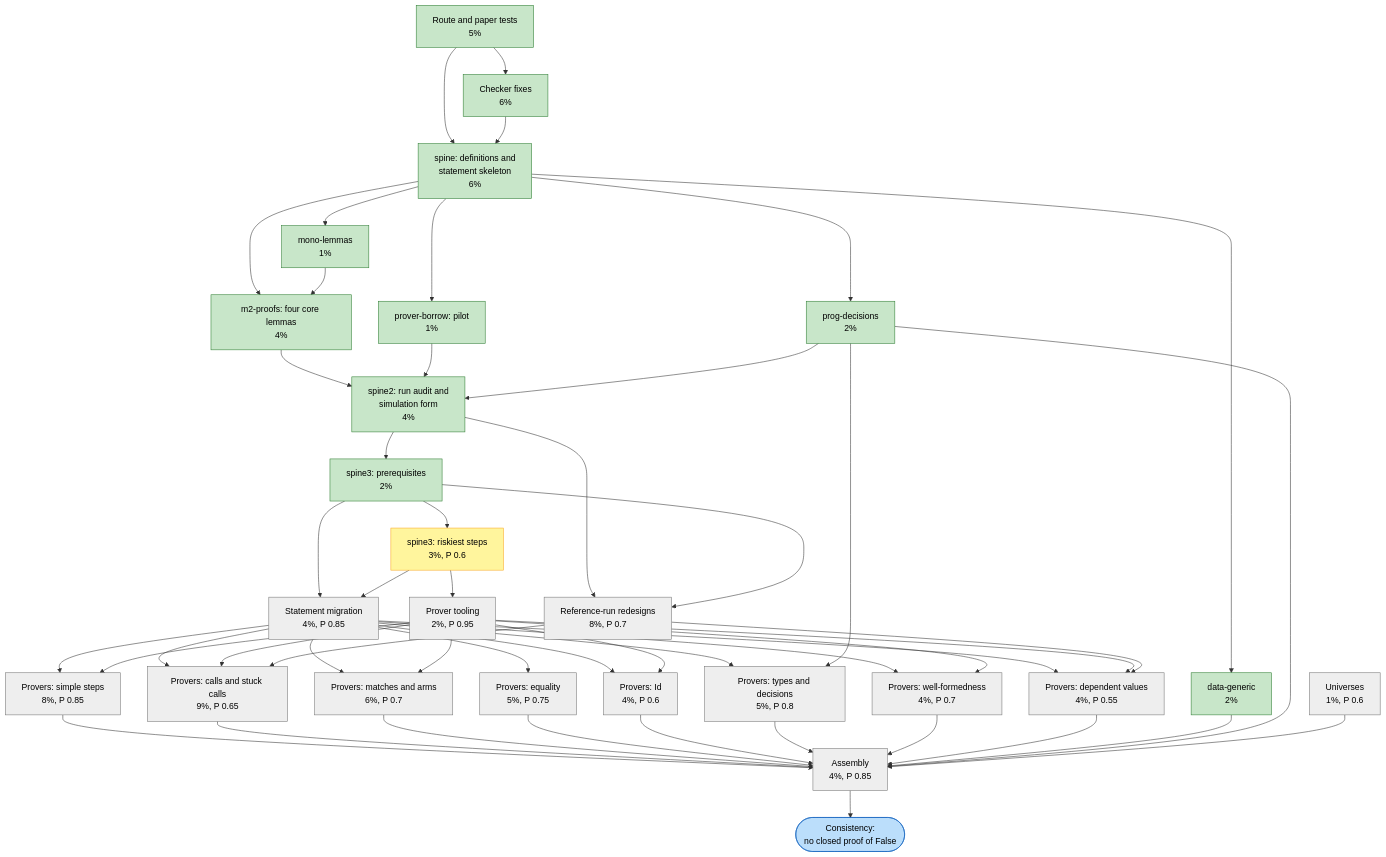
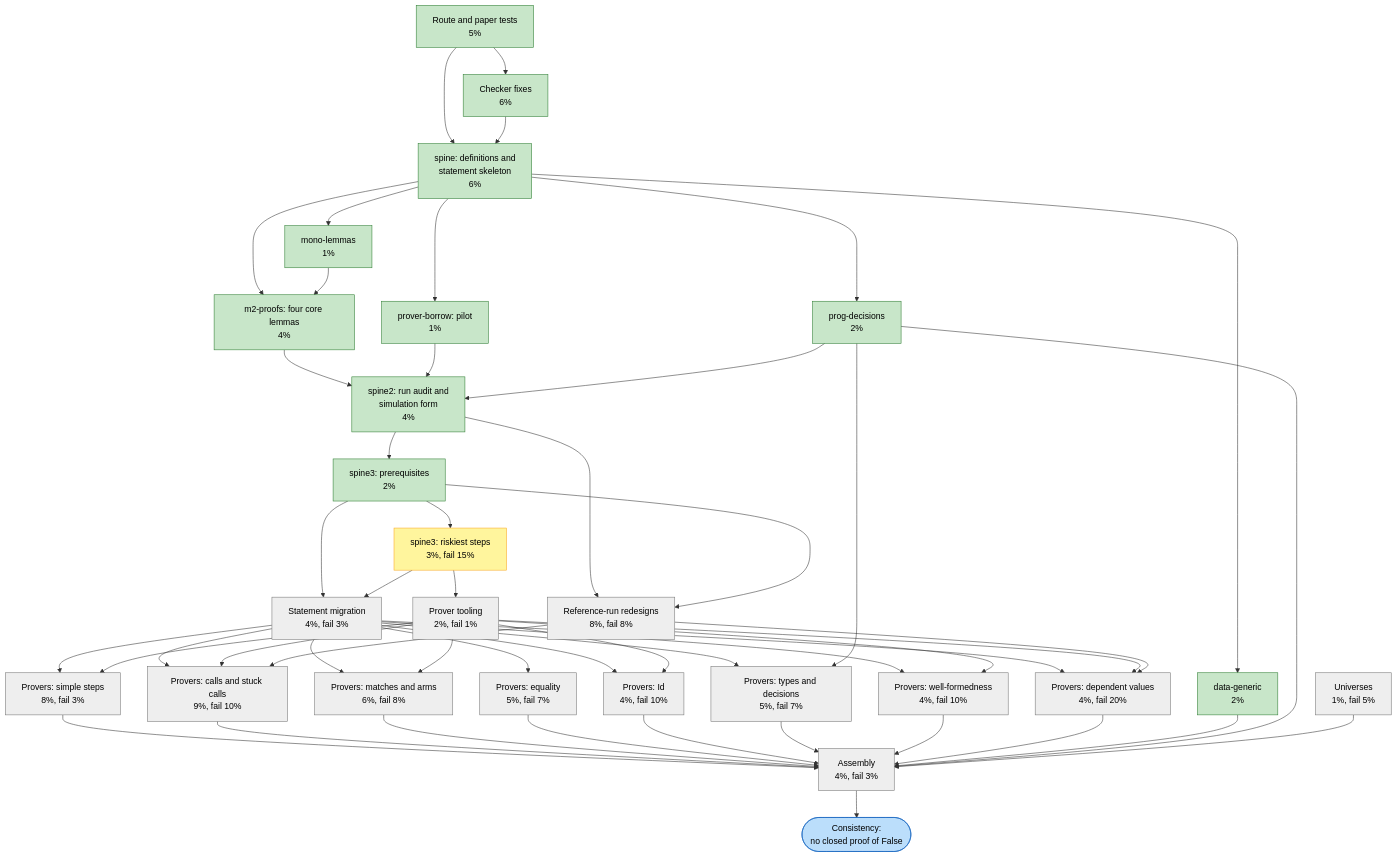
One commit to charlielidbury/ochre changed the diagram in ochr/docs/32-consistency-work-units.md. Above: the diagram before and after it, drawn with Mermaid. The commit also changed other lines of this file, not shown here.

First line of the commit message:
ochr/docs/32: risk as P(failure) in percent, where a tweaked statement that stays true in spirit is a success

```diff
--- a/ochr/docs/32-consistency-work-units.md
+++ b/ochr/docs/32-consistency-work-units.md
@@ -74,22 +76,22 @@
 
     spine3a["spine3: prerequisites<br/>2%"]:::done
 
-    spine3["spine3: riskiest steps<br/>3%, P 0.6"]:::running
-    migrate["Statement migration<br/>4%, P 0.85"]:::todo
-    redesign["Reference-run redesigns<br/>8%, P 0.7"]:::todo
-    tooling["Prover tooling<br/>2%, P 0.95"]:::todo
+    spine3["spine3: riskiest steps<br/>3%, fail 15%"]:::running
+    migrate["Statement migration<br/>4%, fail 3%"]:::todo
+    redesign["Reference-run redesigns<br/>8%, fail 8%"]:::todo
+    tooling["Prover tooling<br/>2%, fail 1%"]:::todo
 
-    pSimple["Provers: simple steps<br/>8%, P 0.85"]:::todo
-    pCalls["Provers: calls and stuck calls<br/>9%, P 0.65"]:::todo
-    pMatch["Provers: matches and arms<br/>6%, P 0.7"]:::todo
-    pEq["Provers: equality<br/>5%, P 0.75"]:::todo
-    pId["Provers: Id<br/>4%, P 0.6"]:::todo
-    pTypes["Provers: types and decisions<br/>5%, P 0.8"]:::todo
-    pWF["Provers: well-formedness<br/>4%, P 0.7"]:::todo
-    pDep["Provers: dependent values<br/>4%, P 0.55"]:::todo
+    pSimple["Provers: simple steps<br/>8%, fail 3%"]:::todo
+    pCalls["Provers: calls and stuck calls<br/>9%, fail 10%"]:::todo
+    pMatch["Provers: matches and arms<br/>6%, fail 8%"]:::todo
+    pEq["Provers: equality<br/>5%, fail 7%"]:::todo
+    pId["Provers: Id<br/>4%, fail 10%"]:::todo
+    pTypes["Provers: types and decisions<br/>5%, fail 7%"]:::todo
+    pWF["Provers: well-formedness<br/>4%, fail 10%"]:::todo
+    pDep["Provers: dependent values<br/>4%, fail 20%"]:::todo
 
-    universes["Universes<br/>1%, P 0.6"]:::todo
-    assembly["Assembly<br/>4%, P 0.85"]:::todo
+    universes["Universes<br/>1%, fail 5%"]:::todo
+    assembly["Assembly<br/>4%, fail 3%"]:::todo
     goal(["Consistency:<br/>no closed proof of False"]):::goal
 
     tests --> fixes
```
